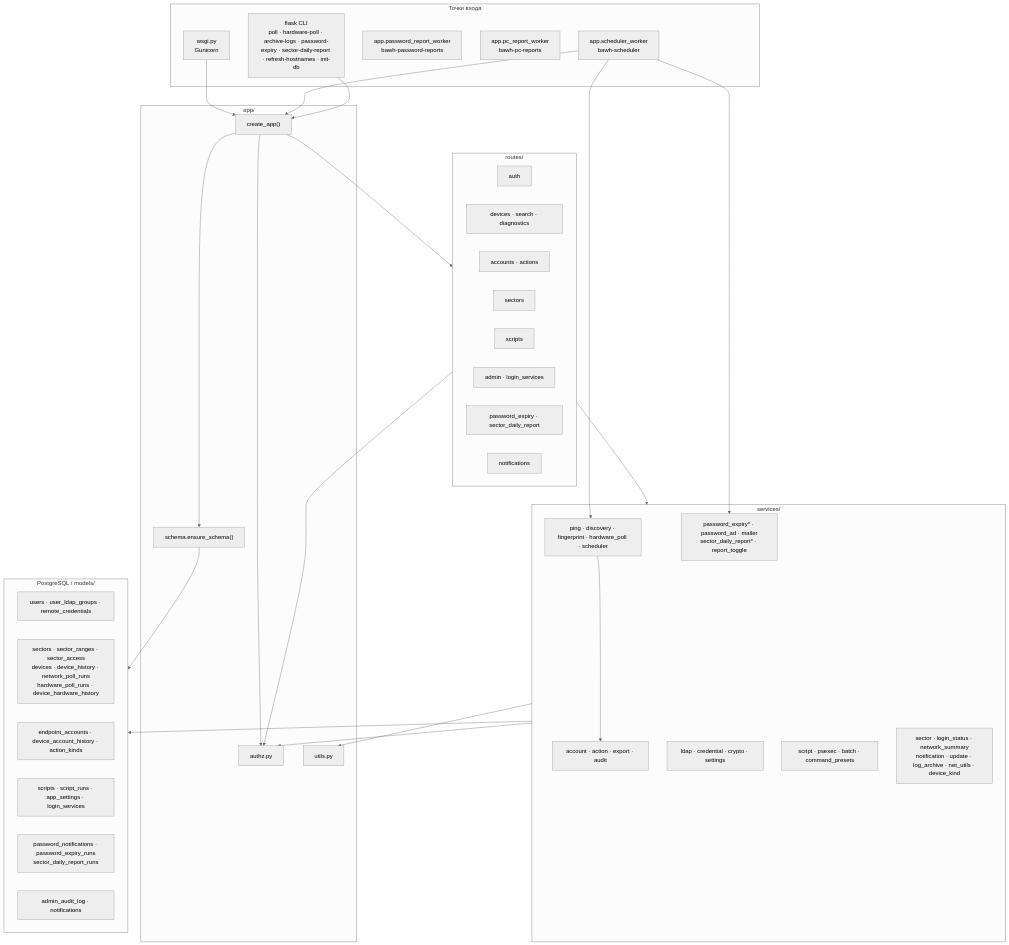
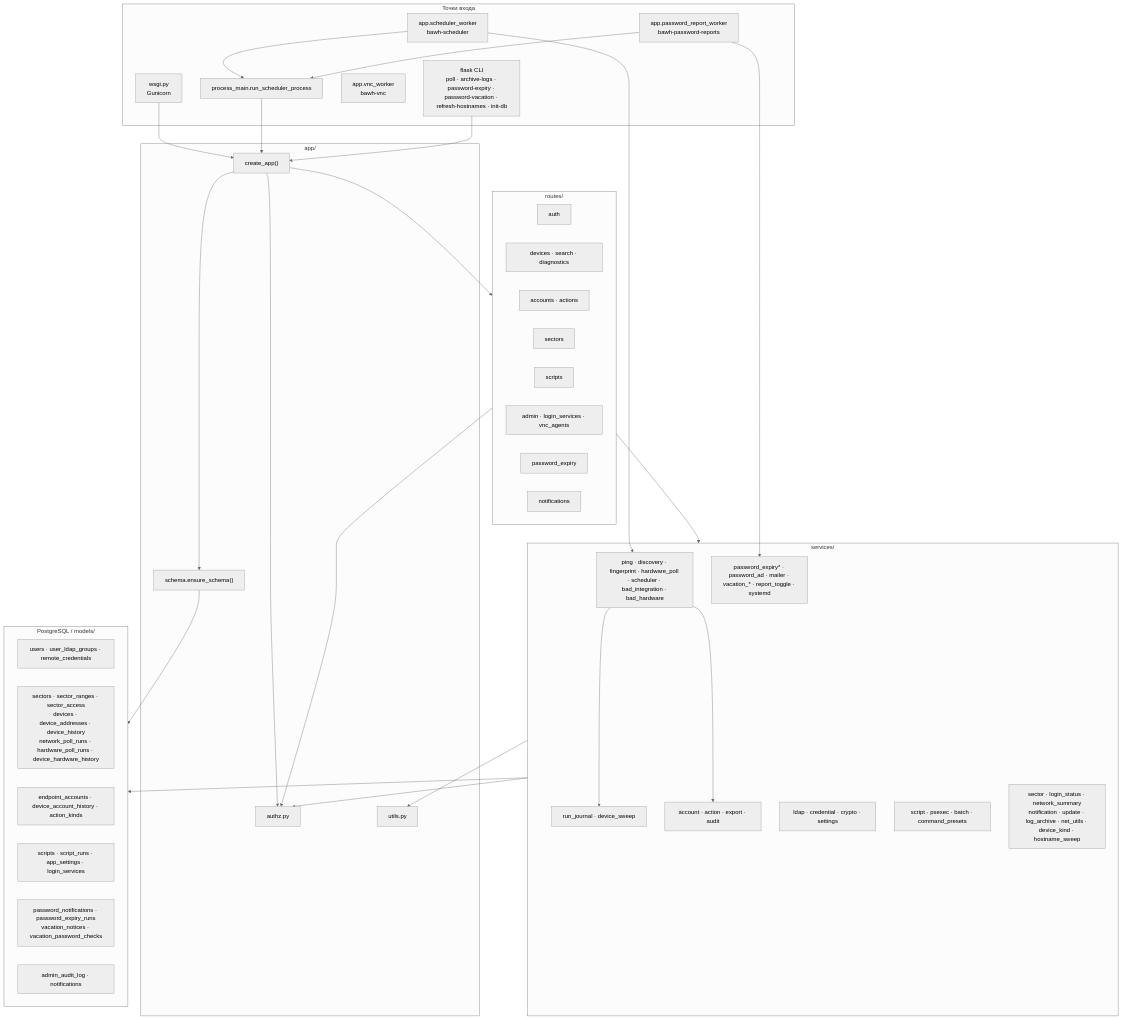
The first of 3 diagrams in docs/ARCHITECTURE.md (blazerity/admin-webhelper), drawn with Mermaid (neutral theme) before and after one commit. The commit also changed other lines of this file and 15 other files, not shown here.

````diff
--- a/docs/ARCHITECTURE.md
+++ b/docs/ARCHITECTURE.md
@@ -120,62 +121,67 @@
 ```mermaid
 flowchart TB
   subgraph entry["Точки входа"]
     WSGI["wsgi.py<br/>Gunicorn"]
+    LOOP["process_main.run_scheduler_process"]
     SCHED["app.scheduler_worker<br/>bawh-scheduler"]
     PWD_W["app.password_report_worker<br/>bawh-password-reports"]
-    PC_W["app.pc_report_worker<br/>bawh-pc-reports"]
-    CLI["flask CLI<br/>poll · hardware-poll · archive-logs · password-expiry · sector-daily-report · refresh-hostnames · init-db"]
+    VNC["app.vnc_worker<br/>bawh-vnc"]
+    CLI["flask CLI<br/>poll · archive-logs · password-expiry · password-vacation · refresh-hostnames · init-db"]
   end
 
   subgraph app_core["app/"]
     CREATE["create_app()"]
     SCHEMA["schema.ensure_schema()"]
     AUTH["authz.py"]
     UTILS["utils.py"]
   end
 
   subgraph http["routes/"]
     R_AUTH["auth"]
     R_DEV["devices · search · diagnostics"]
     R_ACC["accounts · actions"]
     R_SEC["sectors"]
     R_SCR["scripts"]
-    R_ADM["admin · login_services"]
-    R_PWD["password_expiry · sector_daily_report"]
+    R_ADM["admin · login_services · vnc_agents"]
+    R_PWD["password_expiry"]
     R_NTF["notifications"]
   end
 
   subgraph services["services/"]
-    S_POLL["ping · discovery · fingerprint · hardware_poll · scheduler"]
+    S_POLL["ping · discovery · fingerprint · hardware_poll · scheduler · bad_integration · bad_hardware"]
+    S_SHARE["run_journal · device_sweep"]
     S_ACC["account · action · export · audit"]
     S_ID["ldap · credential · crypto · settings"]
     S_RUN["script · psexec · batch · command_presets"]
-    S_PWD["password_expiry* · password_ad · mailer<br/>sector_daily_report* · report_toggle"]
-    S_OTH["sector · login_status · network_summary<br/>notification · update · log_archive · net_utils · device_kind"]
+    S_PWD["password_expiry* · password_ad · mailer · vacation_* · report_toggle · systemd"]
+    S_OTH["sector · login_status · network_summary<br/>notification · update · log_archive · net_utils · device_kind · hostname_sweep"]
   end
 
   subgraph data["PostgreSQL / models/"]
     M_USER["users · user_ldap_groups · remote_credentials"]
-    M_NET["sectors · sector_ranges · sector_access<br/>devices · device_history · network_poll_runs<br/>hardware_poll_runs · device_hardware_history"]
+    M_NET["sectors · sector_ranges · sector_access<br/>devices · device_addresses · device_history<br/>network_poll_runs · hardware_poll_runs · device_hardware_history"]
     M_ACC["endpoint_accounts · device_account_history · action_kinds"]
     M_SCR["scripts · script_runs · app_settings · login_services"]
-    M_PWD["password_notifications · password_expiry_runs<br/>sector_daily_report_runs"]
+    M_PWD["password_notifications · password_expiry_runs<br/>vacation_notices · vacation_password_checks"]
     M_NTF["admin_audit_log · notifications"]
   end
 
   WSGI --> CREATE
-  SCHED --> CREATE
+  SCHED --> LOOP
+  PWD_W --> LOOP
+  LOOP --> CREATE
   CLI --> CREATE
   CREATE --> SCHEMA
   CREATE --> http
   CREATE --> AUTH
   http --> services
   http --> AUTH
   SCHED --> S_POLL
-  SCHED --> S_PWD
+  PWD_W --> S_PWD
+  S_POLL --> S_SHARE
   services --> data
   services --> AUTH
   services --> UTILS
   S_POLL --> S_ACC
   SCHEMA --> data
 ```
````
